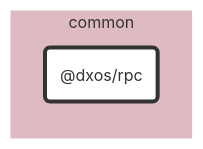
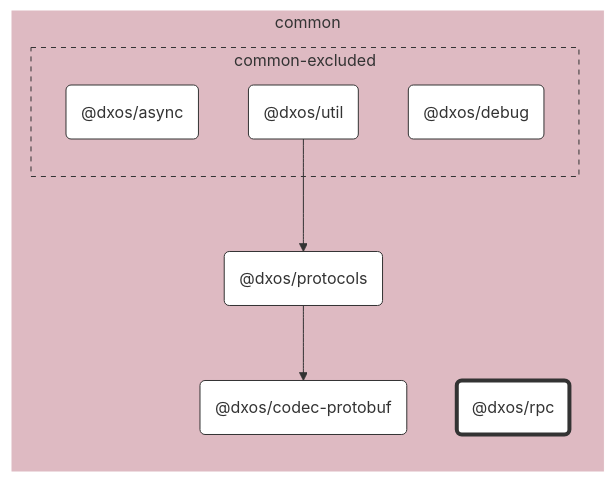
Before and after one commit to dxos/dxos: the diagram in packages/common/rpc/docs/README.md, drawn with Mermaid. The commit also changed 65 other files, not shown here.

````diff
--- a/packages/common/rpc/docs/README.md
+++ b/packages/common/rpc/docs/README.md
@@ -7,20 +7,36 @@
 ```mermaid
 %%{ init: {'flowchart':{'curve':'basis'}} }%%
 
 flowchart LR
 
 %% Classes
 classDef def fill:#fff,stroke:#333,stroke-width:1px
 classDef root fill:#fff,stroke:#333,stroke-width:4px
 
 %% Nodes
 
 subgraph common [common]
   style common fill:#debac2,stroke:#fff
   dxos/rpc("@dxos/rpc"):::root
   click dxos/rpc "dxos/dxos/tree/main/packages/common/rpc/docs"
+  dxos/codec-protobuf("@dxos/codec-protobuf"):::def
+  click dxos/codec-protobuf "dxos/dxos/tree/main/packages/common/codec-protobuf/docs"
+  dxos/protocols("@dxos/protocols"):::def
+  click dxos/protocols "dxos/dxos/tree/main/packages/common/protocols/docs"
+
+  subgraph common-excluded [common-excluded]
+    style common-excluded fill:#debac2,stroke:#333,stroke-dasharray:5 5
+    dxos/async("@dxos/async"):::def
+    click dxos/async "dxos/dxos/tree/main/packages/common/async/docs"
+    dxos/debug("@dxos/debug"):::def
+    click dxos/debug "dxos/dxos/tree/main/packages/common/debug/docs"
+    dxos/util("@dxos/util"):::def
+    click dxos/util "dxos/dxos/tree/main/packages/common/util/docs"
+  end
 end
 
 %% Links
 linkStyle default stroke:#333,stroke-width:1px
+dxos/protocols --> dxos/codec-protobuf
+dxos/util --> dxos/protocols
 ```
````
